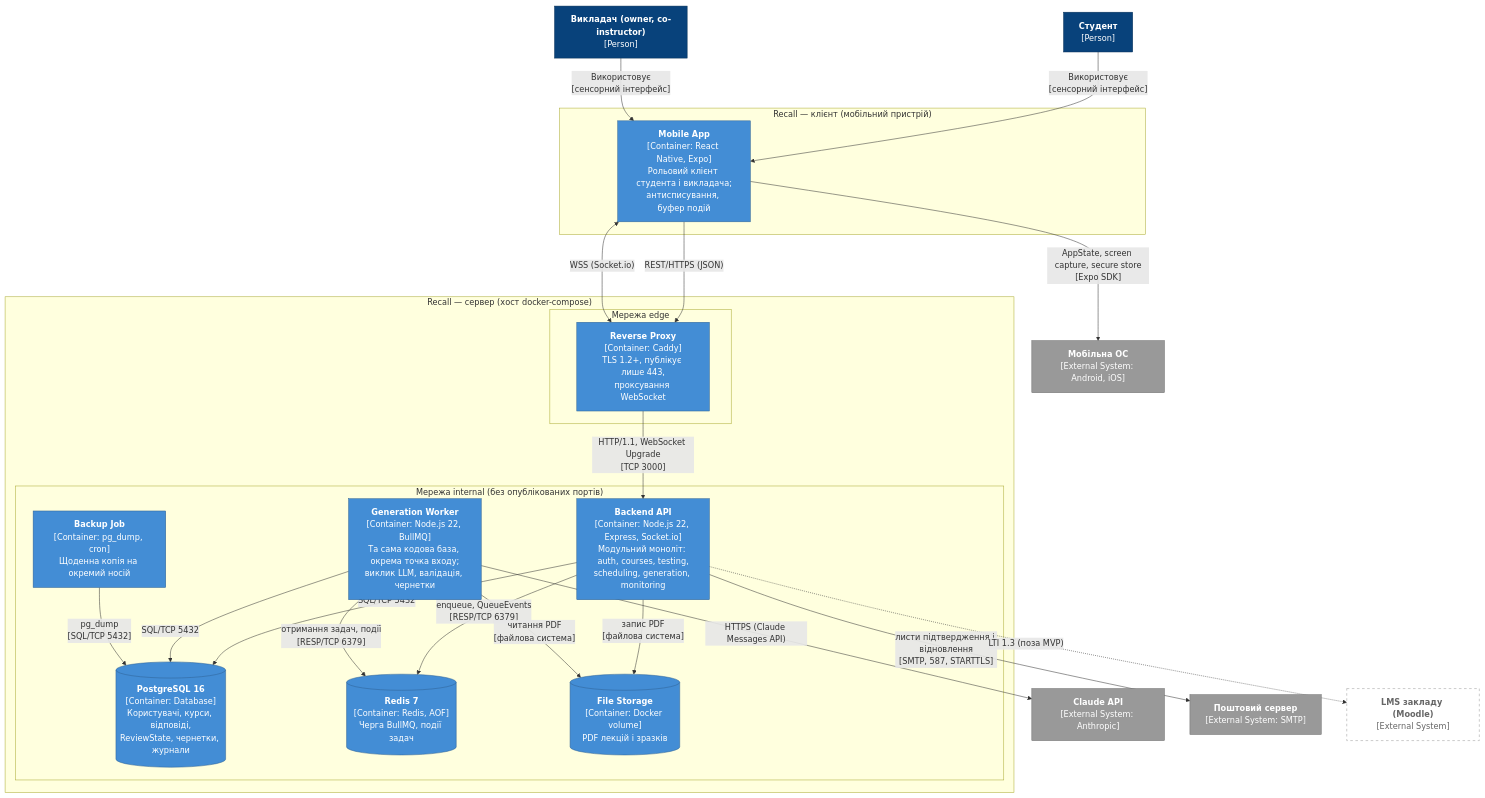
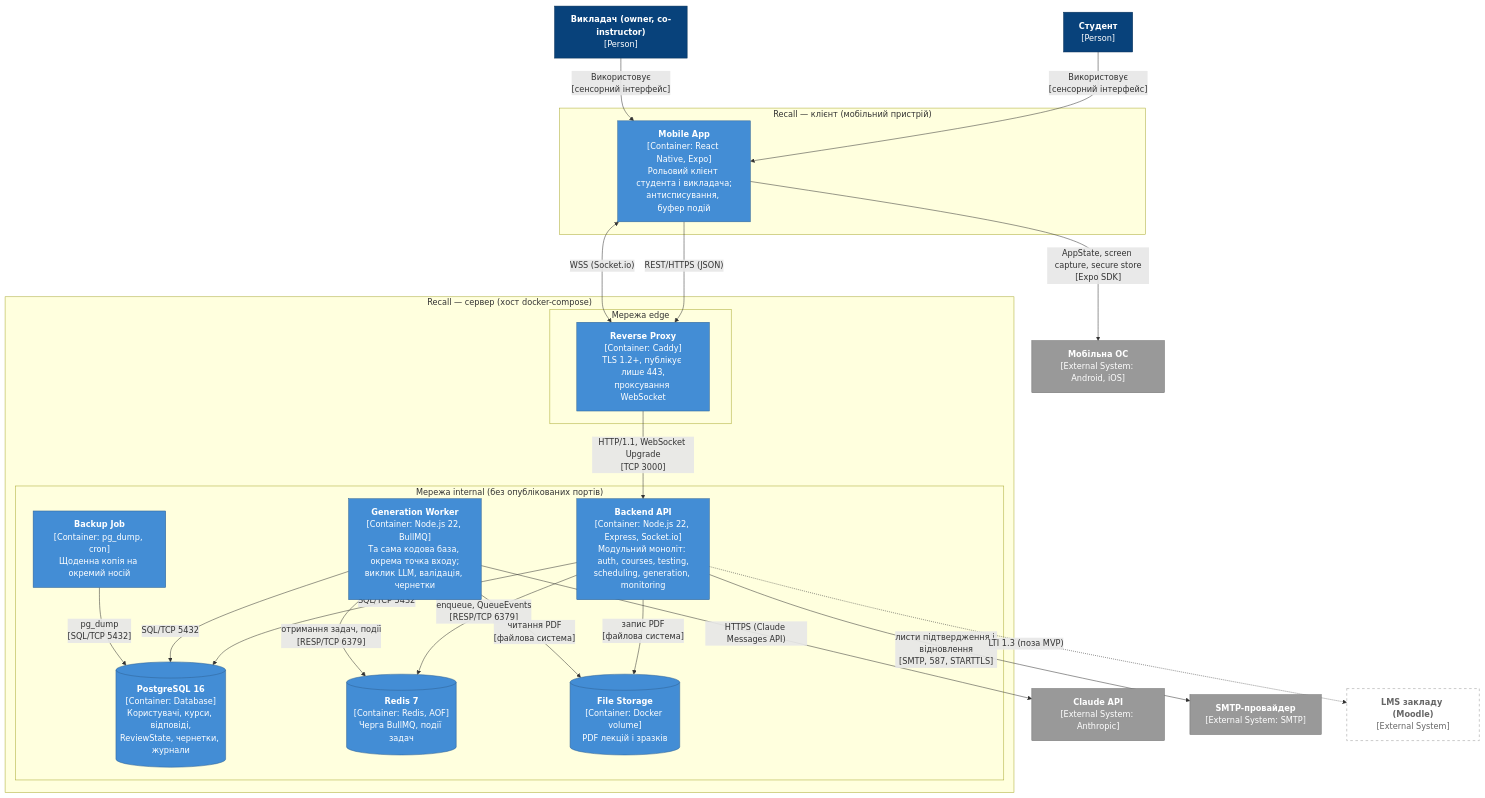
The second of 5 diagrams in docs/2_design.md (MarcoGr11/Recall), drawn with Mermaid before and after one commit. The commit also changed other lines of this file and 3 other files, not shown here.

````diff
--- a/docs/2_design.md
+++ b/docs/2_design.md
@@ -201,54 +201,54 @@
 ```mermaid
 flowchart TB
     student["<b>Студент</b><br/>[Person]"]
     teacher["<b>Викладач (owner, co-instructor)</b><br/>[Person]"]
 
     subgraph device["Recall — клієнт (мобільний пристрій)"]
         mobile["<b>Mobile App</b><br/>[Container: React Native, Expo]<br/>Рольовий клієнт студента і викладача;<br/>антисписування, буфер подій"]
     end
     os["<b>Мобільна ОС</b><br/>[External System: Android, iOS]"]
 
     subgraph host["Recall — сервер (хост docker-compose)"]
         subgraph edge["Мережа edge"]
             proxy["<b>Reverse Proxy</b><br/>[Container: Caddy]<br/>TLS 1.2+, публікує лише 443,<br/>проксування WebSocket"]
         end
         subgraph internal["Мережа internal (без опублікованих портів)"]
             api["<b>Backend API</b><br/>[Container: Node.js 22, Express, Socket.io]<br/>Модульний моноліт: auth, courses, testing,<br/>scheduling, generation, monitoring"]
             worker["<b>Generation Worker</b><br/>[Container: Node.js 22, BullMQ]<br/>Та сама кодова база, окрема точка входу;<br/>виклик LLM, валідація, чернетки"]
             backup["<b>Backup Job</b><br/>[Container: pg_dump, cron]<br/>Щоденна копія на окремий носій"]
             db[("<b>PostgreSQL 16</b><br/>[Container: Database]<br/>Користувачі, курси, відповіді,<br/>ReviewState, чернетки, журнали")]
             redis[("<b>Redis 7</b><br/>[Container: Redis, AOF]<br/>Черга BullMQ, події задач")]
             files[("<b>File Storage</b><br/>[Container: Docker volume]<br/>PDF лекцій і зразків")]
         end
     end
 
     claude["<b>Claude API</b><br/>[External System: Anthropic]"]
-    smtp["<b>Поштовий сервер</b><br/>[External System: SMTP]"]
+    smtp["<b>SMTP-провайдер</b><br/>[External System: SMTP]"]
     lms["<b>LMS закладу (Moodle)</b><br/>[External System]"]
 
     student -- "Використовує<br/>[сенсорний інтерфейс]" --> mobile
     teacher -- "Використовує<br/>[сенсорний інтерфейс]" --> mobile
     mobile -- "AppState, screen capture, secure store<br/>[Expo SDK]" --> os
     mobile -- "REST/HTTPS (JSON)" --> proxy
     mobile <-- "WSS (Socket.io)" --> proxy
     proxy -- "HTTP/1.1, WebSocket Upgrade<br/>[TCP 3000]" --> api
     api -- "SQL/TCP 5432" --> db
     api -- "enqueue, QueueEvents<br/>[RESP/TCP 6379]" --> redis
     api -- "запис PDF<br/>[файлова система]" --> files
     worker -- "отримання задач, події<br/>[RESP/TCP 6379]" --> redis
     worker -- "SQL/TCP 5432" --> db
     worker -- "читання PDF<br/>[файлова система]" --> files
     worker -- "HTTPS (Claude Messages API)" --> claude
     api -- "листи підтвердження і відновлення<br/>[SMTP, 587, STARTTLS]" --> smtp
     backup -- "pg_dump<br/>[SQL/TCP 5432]" --> db
     api -. "LTI 1.3 (поза MVP)" .-> lms
 
     classDef person fill:#08427b,stroke:#052e56,color:#fff
     classDef container fill:#438dd5,stroke:#2e6295,color:#fff
     classDef ext fill:#999999,stroke:#6b6b6b,color:#fff
     classDef future fill:#ffffff,stroke:#999999,color:#666666,stroke-dasharray:5 5
     class student,teacher person
     class mobile,proxy,api,worker,backup,db,redis,files container
     class claude,os,smtp ext
     class lms future
 ```
````
